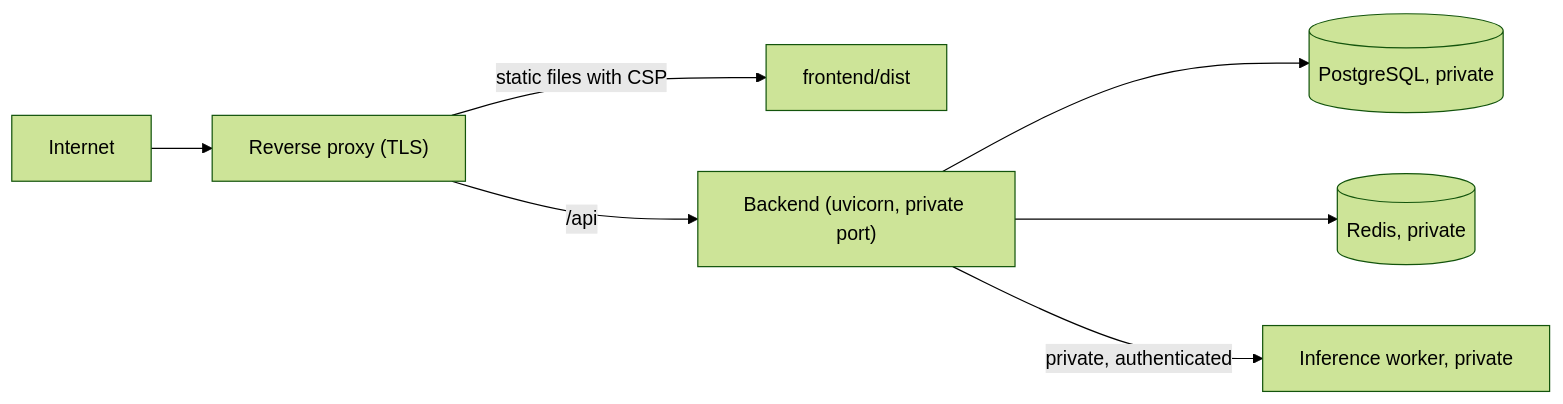
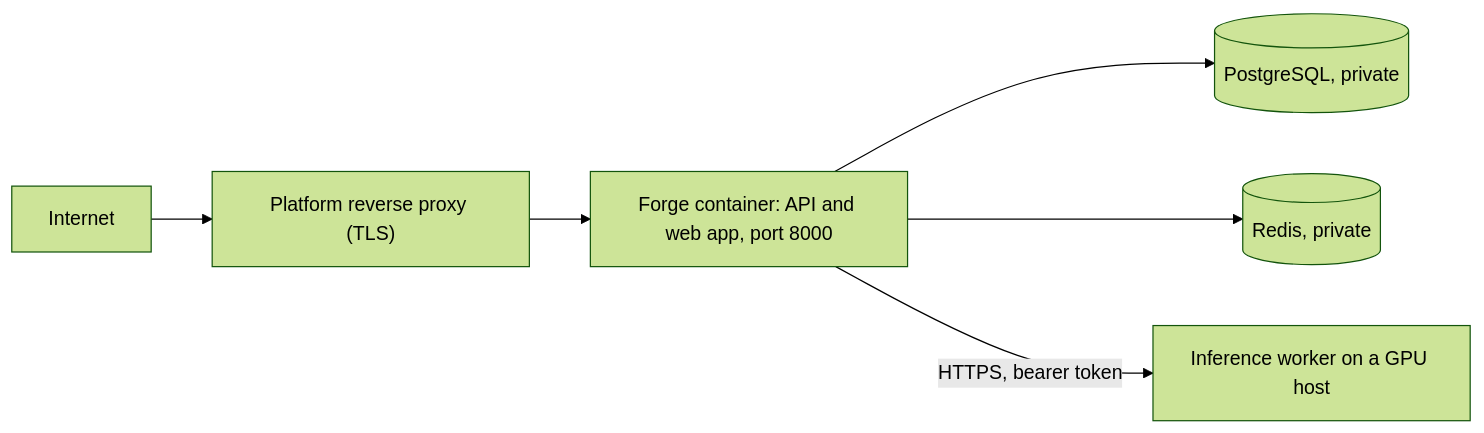
One commit to PereTheDataAnalyst/forge changed the diagram in docs/deployment.md. Above: the diagram before and after it, drawn with Mermaid (forest theme). The commit also changed other lines of this file and 6 other files, not shown here.

````diff
--- a/docs/deployment.md
+++ b/docs/deployment.md
@@ -7,9 +11,8 @@
 ```mermaid
 flowchart LR
-  Internet --> Proxy["Reverse proxy (TLS)"]
-  Proxy -->|"static files with CSP"| Web["frontend/dist"]
-  Proxy -->|"/api"| API["Backend (uvicorn, private port)"]
-  API --> PG[("PostgreSQL, private")]
-  API --> RD[("Redis, private")]
-  API -->|"private, authenticated"| Worker["Inference worker, private"]
+  Internet --> Proxy["Platform reverse proxy (TLS)"]
+  Proxy --> App["Forge container: API and web app, port 8000"]
+  App --> PG[("PostgreSQL, private")]
+  App --> RD[("Redis, private")]
+  App -->|"HTTPS, bearer token"| Worker["Inference worker on a GPU host"]
 ```
````
